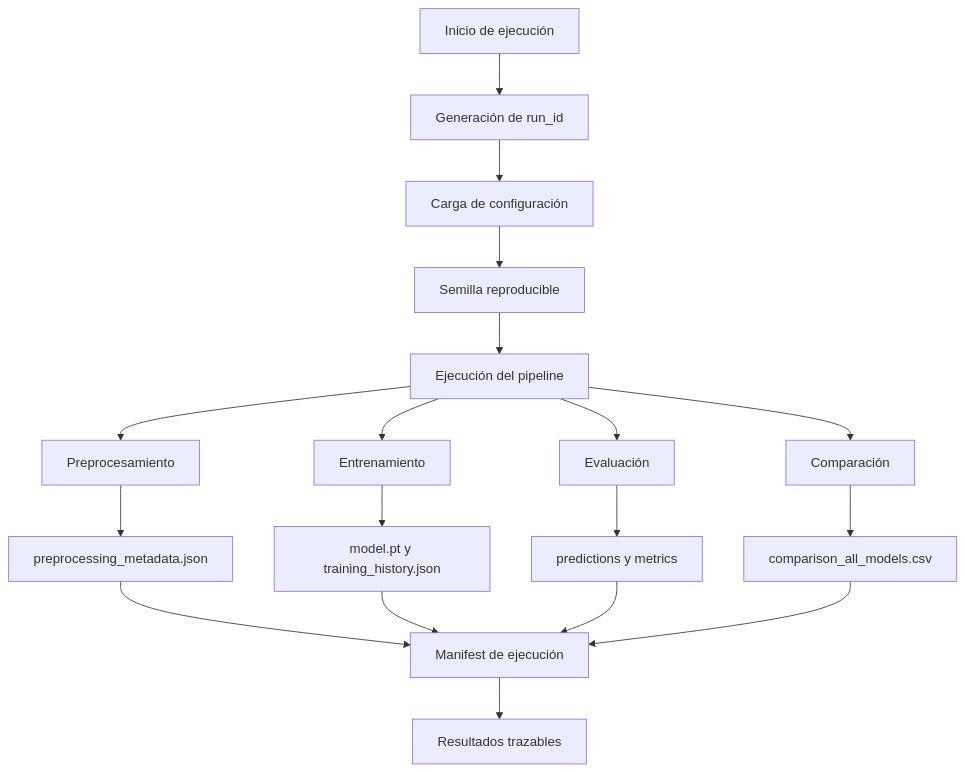
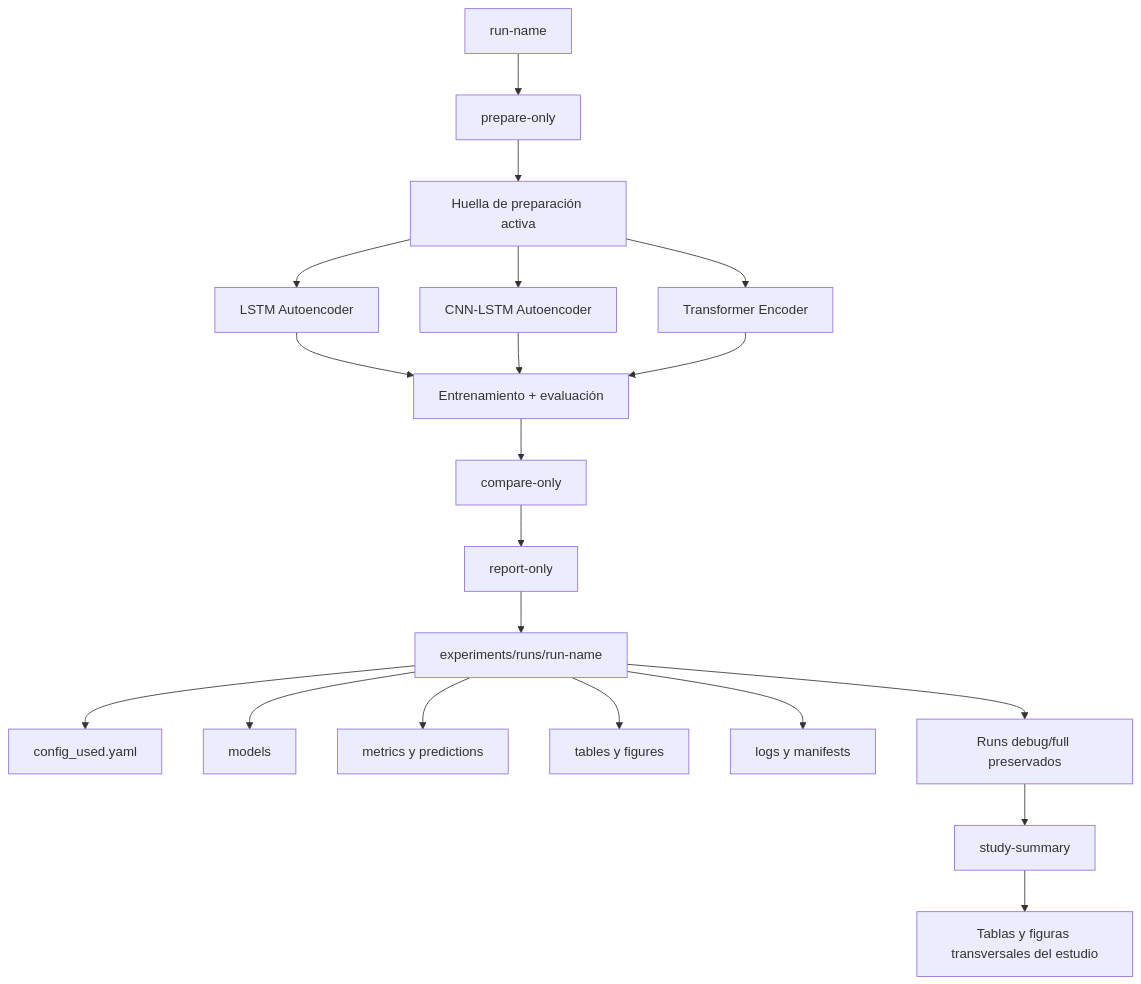
The diagram in scania-component-x-outlier-detection/docs/diagrams/fig_6_5_mlops_ligero.mmd (ajvilleg10/scania-component-x-outlier-detection), drawn with Mermaid before and after one commit. The commit also changed 52 other files, not shown here.

```diff
--- a/scania-component-x-outlier-detection/docs/diagrams/fig_6_5_mlops_ligero.mmd
+++ b/scania-component-x-outlier-detection/docs/diagrams/fig_6_5_mlops_ligero.mmd
@@ -1,21 +1,20 @@
 flowchart TD
-    A[Inicio de ejecución] --> B[Generación de run_id]
-    B --> C[Carga de configuración]
-    C --> D[Semilla reproducible]
-    D --> E[Ejecución del pipeline]
-
-    E --> F[Preprocesamiento]
-    E --> G[Entrenamiento]
-    E --> H[Evaluación]
-    E --> I[Comparación]
-
-    F --> F1[preprocessing_metadata.json]
-    G --> G1[model.pt y training_history.json]
-    H --> H1[predictions y metrics]
-    I --> I1[comparison_all_models.csv]
-
-    F1 --> J[Manifest de ejecución]
-    G1 --> J
-    H1 --> J
-    I1 --> J
-    J --> K[Resultados trazables]
+    A[run-name] --> B[prepare-only]
+    B --> C[Huella de preparación activa]
+    C --> D1[LSTM Autoencoder]
+    C --> D2[CNN-LSTM Autoencoder]
+    C --> D3[Transformer Encoder]
+    D1 --> E[Entrenamiento + evaluación]
+    D2 --> E
+    D3 --> E
+    E --> F[compare-only]
+    F --> G[report-only]
+    G --> H[experiments/runs/run-name]
+    H --> H1[config_used.yaml]
+    H --> H2[models]
+    H --> H3[metrics y predictions]
+    H --> H4[tables y figures]
+    H --> H5[logs y manifests]
+    H --> I[Runs debug/full preservados]
+    I --> J[study-summary]
+    J --> K[Tablas y figuras transversales del estudio]
```
